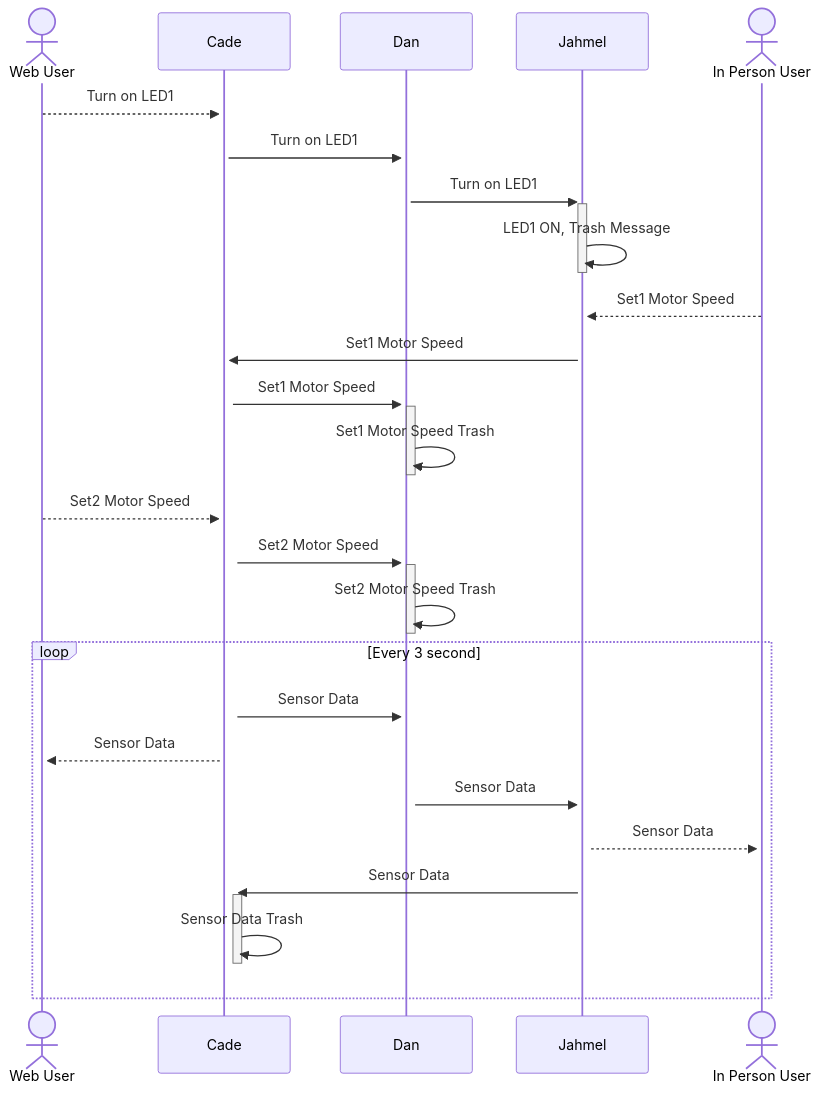
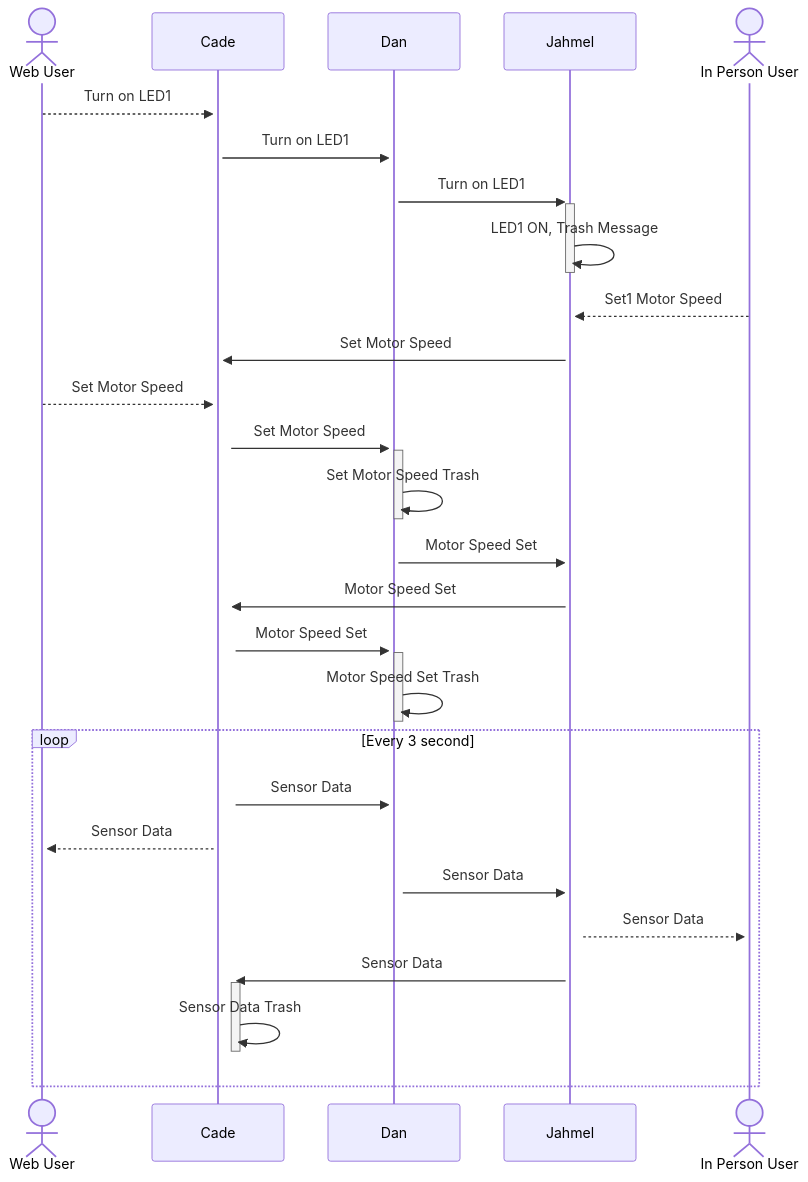
Before and after one commit to EGR314-2025-S-303/EGR314-2025-S-303: the diagram in docs/Block Diagram, Process Diagram, and Message Structure/index.md, drawn with Mermaid. The commit also changed other lines of this file, not shown here.

````diff
--- a/docs/Block Diagram, Process Diagram, and Message Structure/index.md
+++ b/docs/Block Diagram, Process Diagram, and Message Structure/index.md
@@ -15,24 +24,26 @@
 ``` mermaid
 sequenceDiagram
     actor Web User
     Web User-->>+Cade: Turn on LED1
     Cade->>+Dan: Turn on LED1
     Dan->>+Jahmel: Turn on LED1
     Jahmel->>-Jahmel: LED1 ON, Trash Message
     actor In Person User
     In Person User-->>+Jahmel: Set1 Motor Speed
-    Jahmel->>+Cade: Set1 Motor Speed
-    Cade->>+Dan: Set1 Motor Speed
-    Dan->>-Dan: Set1 Motor Speed Trash
-    Web User-->>+Cade: Set2 Motor Speed
-    Cade->>+Dan: Set2 Motor Speed
-    Dan->>-Dan: Set2 Motor Speed Trash
+    Jahmel->>+Cade: Set Motor Speed
+    Web User-->>+Cade: Set Motor Speed
+    Cade->>+Dan: Set Motor Speed
+    Dan->>-Dan: Set Motor Speed Trash
+    Dan->>+Jahmel: Motor Speed Set
+    Jahmel->>+Cade: Motor Speed Set
+    Cade->>+Dan: Motor Speed Set
+    Dan->>-Dan: Motor Speed Set Trash
     loop Every 3 second
     Cade->>+Dan: Sensor Data
     Cade-->>+Web User: Sensor Data
     Dan->>+Jahmel: Sensor Data
     Jahmel-->>+In Person User: Sensor Data
     Jahmel->>+Cade: Sensor Data
     Cade->>-Cade: Sensor Data Trash
     end
 ```
````
